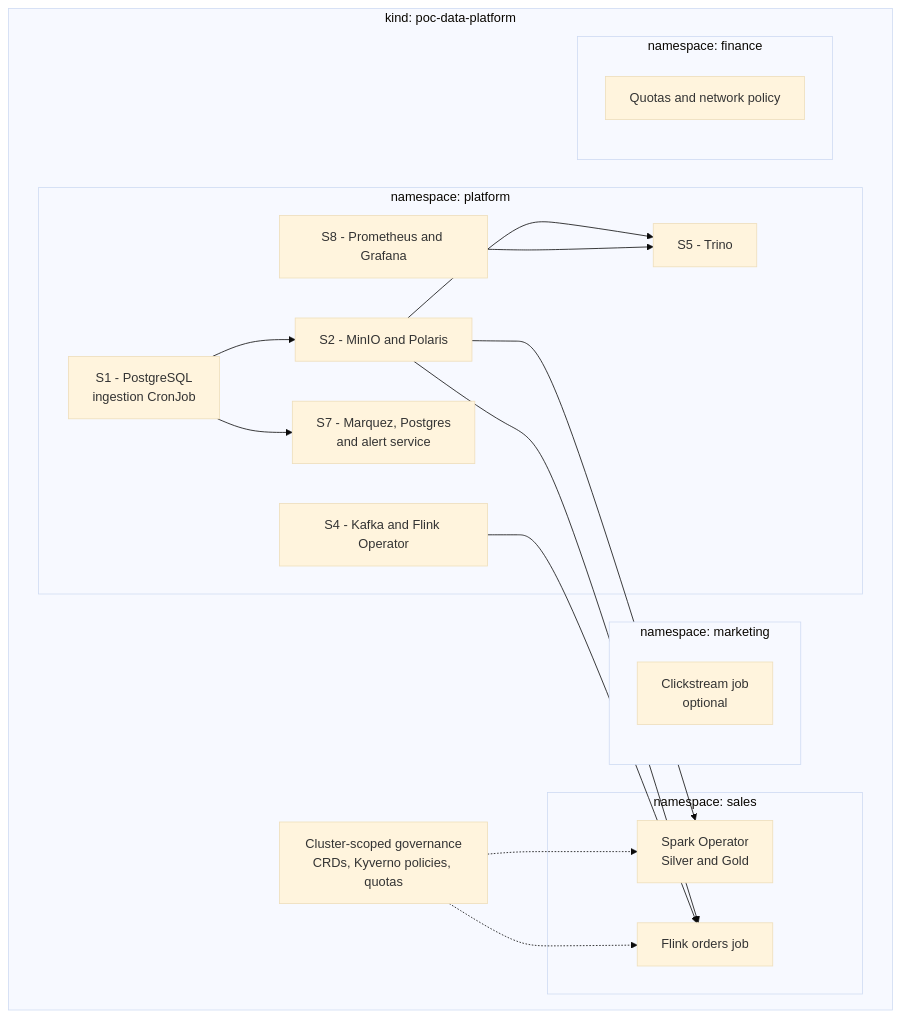
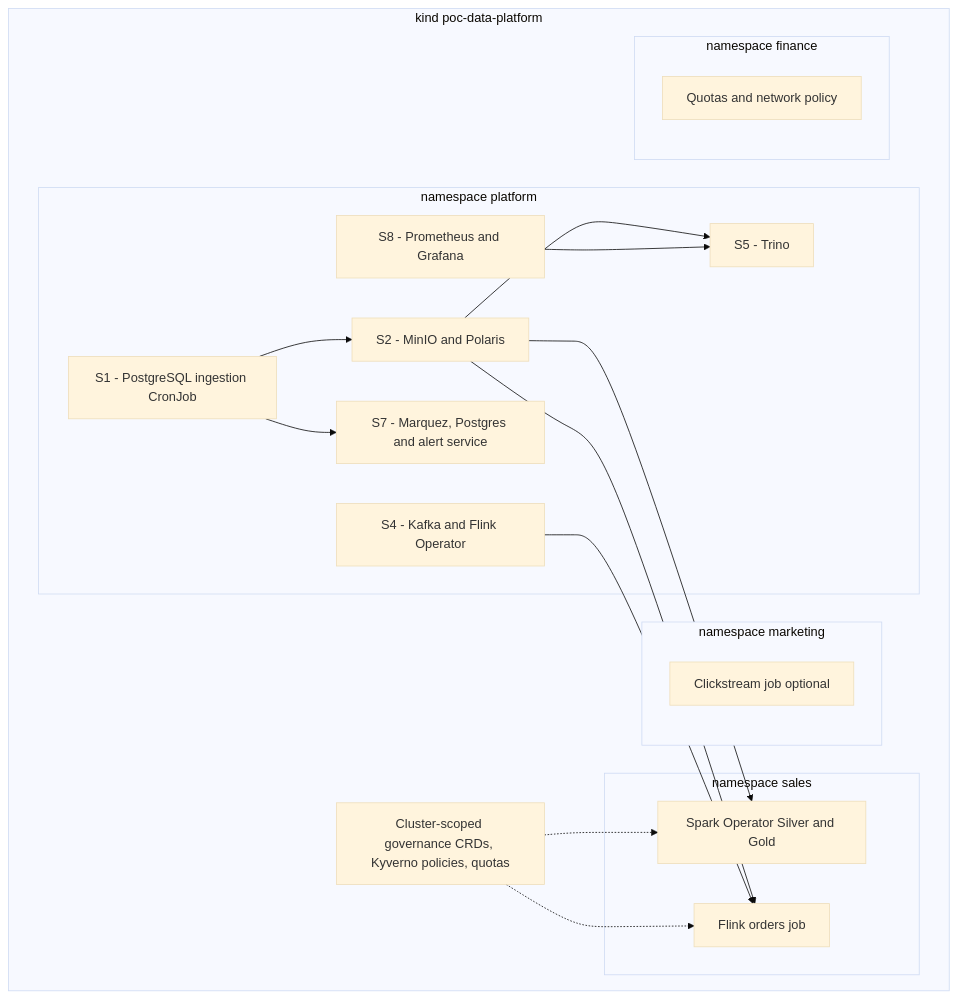
One commit to sergio11/cloud_native_data_architecture_poc changed the eighth of 9 diagrams in README.md. Above: the diagram before and after it, drawn with Mermaid (base theme). The commit also changed other lines of this file, not shown here.

Commit message:
docs(readme): align title and harden Mermaid diagrams

````diff
--- a/README.md
+++ b/README.md
@@ -429,33 +431,33 @@
 ```mermaid
-flowchart TB
-    subgraph KIND["kind: poc-data-platform"]
-        subgraph PLATFORM["namespace: platform"]
-            S1["S1 - PostgreSQL<br/>ingestion CronJob"]
+graph TB
+    subgraph KIND["kind poc-data-platform"]
+        subgraph PLATFORM["namespace platform"]
+            S1["S1 - PostgreSQL ingestion CronJob"]
             S2["S2 - MinIO and Polaris"]
             S4["S4 - Kafka and Flink Operator"]
             S5["S5 - Trino"]
-            S7["S7 - Marquez, Postgres<br/>and alert service"]
+            S7["S7 - Marquez, Postgres and alert service"]
             S8["S8 - Prometheus and Grafana"]
         end
-        subgraph SALESNS["namespace: sales"]
-            SPARK["Spark Operator<br/>Silver and Gold"]
+        subgraph SALESNS["namespace sales"]
+            SPARK["Spark Operator Silver and Gold"]
             FLINK["Flink orders job"]
         end
-        subgraph MKTNS["namespace: marketing"]
-            CLICK["Clickstream job<br/>optional"]
+        subgraph MKTNS["namespace marketing"]
+            CLICK["Clickstream job optional"]
         end
-        subgraph FINNS["namespace: finance"]
+        subgraph FINNS["namespace finance"]
             QUOTA["Quotas and network policy"]
         end
-        GOV["Cluster-scoped governance<br/>CRDs, Kyverno policies, quotas"]
+        GOV["Cluster-scoped governance CRDs, Kyverno policies, quotas"]
         S1 --> S2
         S2 --> SPARK
         S2 --> FLINK
         S4 --> FLINK
         S2 --> S5
         S1 --> S7
         S8 --> S5
         GOV -.-> SPARK
         GOV -.-> FLINK
     end
 ```
````
